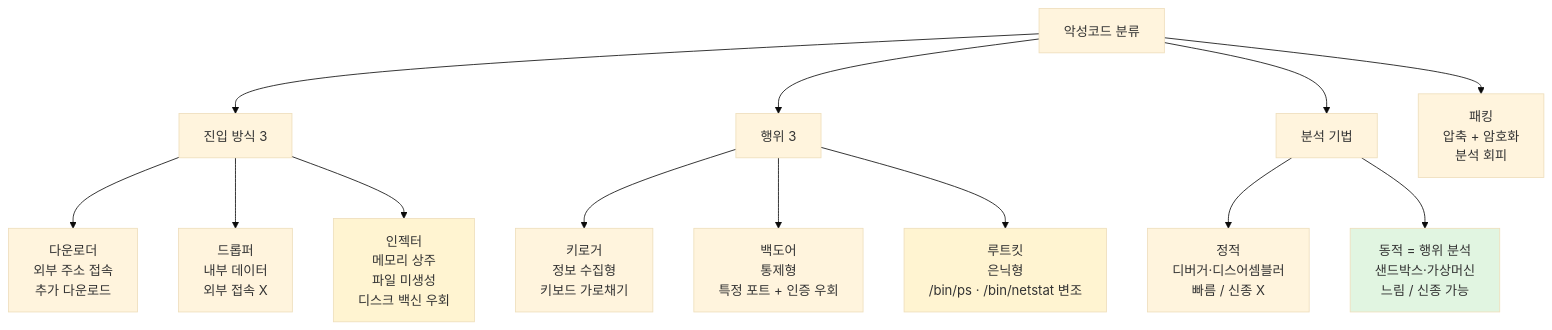
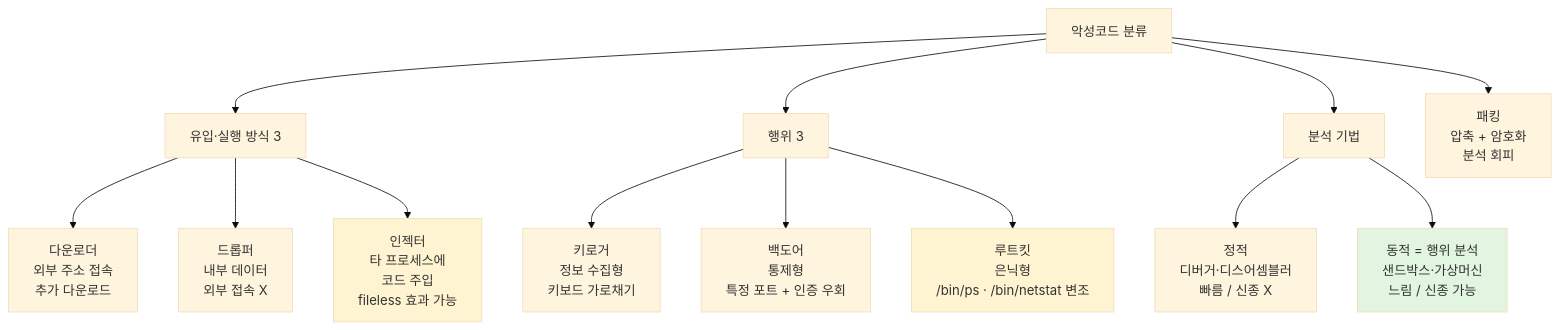
Before and after one commit to ianrang/cs-study: the second of 5 diagrams in cs/information-security/study/02.network-security/06.remote-access-and-malware-tools.md, drawn with Mermaid (base theme). The commit also changed other lines of this file, not shown here.

````diff
--- a/cs/information-security/study/02.network-security/06.remote-access-and-malware-tools.md
+++ b/cs/information-security/study/02.network-security/06.remote-access-and-malware-tools.md
@@ -846,24 +852,24 @@
 ```mermaid
 graph TD
   M[악성코드 분류]
 
-  M --> E[진입 방식 3]
+  M --> E[유입·실행 방식 3]
   E --> E1[다운로더<br/>외부 주소 접속<br/>추가 다운로드]
   E --> E2[드롭퍼<br/>내부 데이터<br/>외부 접속 X]
-  E --> E3[인젝터<br/>메모리 상주<br/>파일 미생성<br/>디스크 백신 우회]
+  E --> E3[인젝터<br/>타 프로세스에<br/>코드 주입<br/>fileless 효과 가능]
 
   M --> A[행위 3]
   A --> A1[키로거<br/>정보 수집형<br/>키보드 가로채기]
   A --> A2[백도어<br/>통제형<br/>특정 포트 + 인증 우회]
   A --> A3[루트킷<br/>은닉형<br/>/bin/ps · /bin/netstat 변조]
 
   M --> AN[분석 기법]
   AN --> AN1[정적<br/>디버거·디스어셈블러<br/>빠름 / 신종 X]
   AN --> AN2[동적 = 행위 분석<br/>샌드박스·가상머신<br/>느림 / 신종 가능]
 
   M --> P[패킹<br/>압축 + 암호화<br/>분석 회피]
 
   style E3 fill:#fff4d1
   style A3 fill:#fff4d1
   style AN2 fill:#e1f5e1
 ```
````
